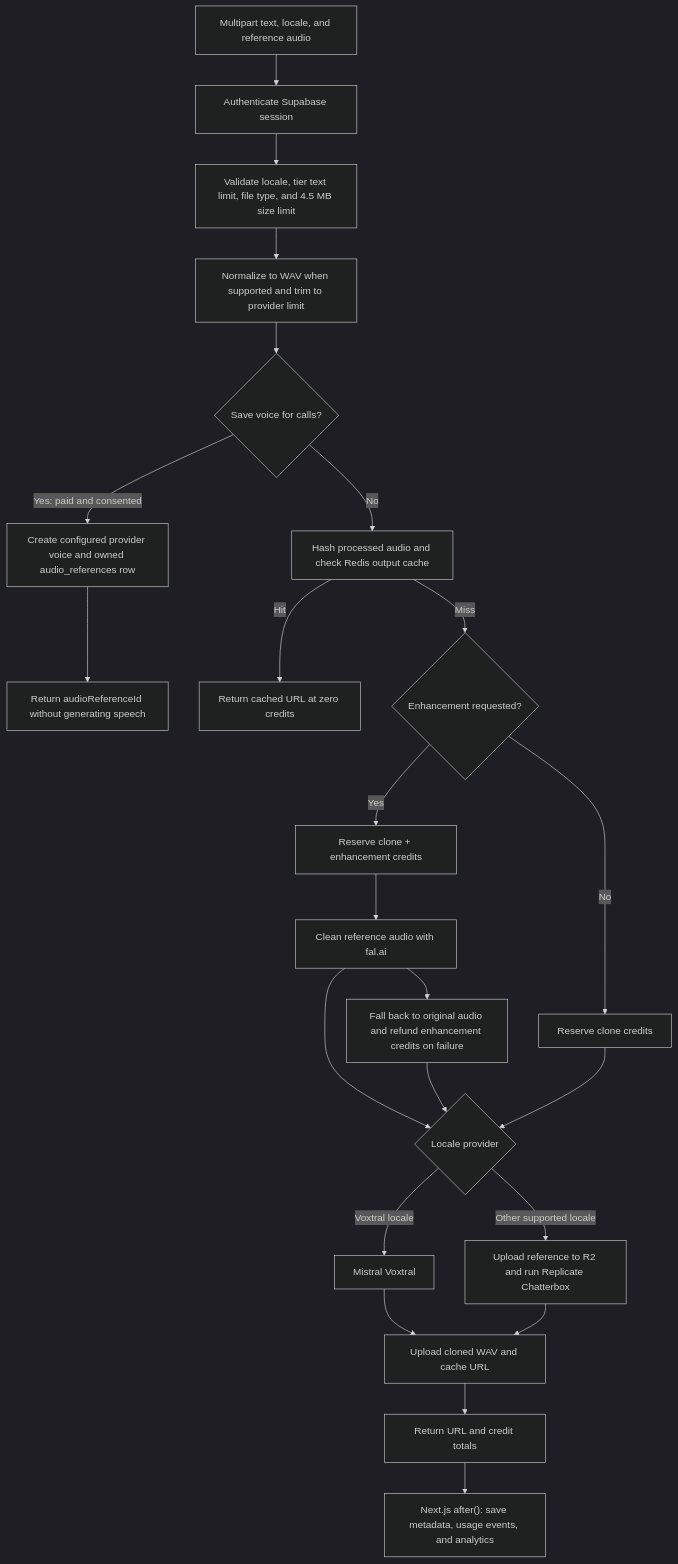
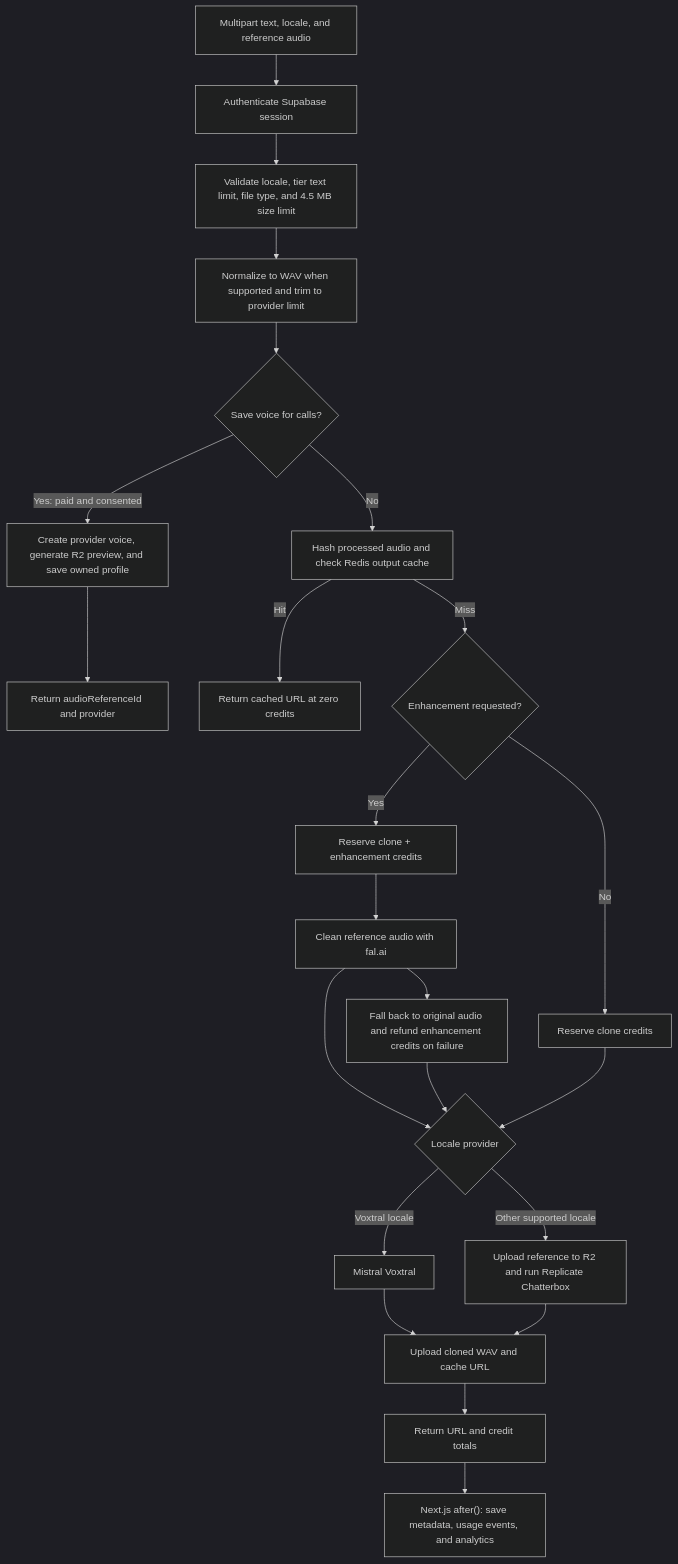
Before and after one commit to gianpaj/sexyvoice: the fourth of 5 diagrams in ARCHITECTURE.md, drawn with Mermaid (dark theme). The commit also changed other lines of this file and 5 other files, not shown here.

Commit message:
fix(account): remove saved voice sample audio

````diff
--- a/ARCHITECTURE.md
+++ b/ARCHITECTURE.md
@@ -197,25 +197,25 @@
 ```mermaid
 flowchart TD
     A["Multipart text, locale, and reference audio"] --> B["Authenticate Supabase session"]
     B --> C["Validate locale, tier text limit, file type, and 4.5 MB size limit"]
     C --> D["Normalize to WAV when supported and trim to provider limit"]
     D --> S{"Save voice for calls?"}
-    S -->|"Yes: paid and consented"| T["Create configured provider voice and owned audio_references row"]
-    T --> U["Return audioReferenceId without generating speech"]
+    S -->|"Yes: paid and consented"| T["Create provider voice, generate R2 preview, and save owned profile"]
+    T --> U["Return audioReferenceId and provider"]
     S -->|"No"| E["Hash processed audio and check Redis output cache"]
     E -->|"Hit"| F["Return cached URL at zero credits"]
     E -->|"Miss"| G{"Enhancement requested?"}
     G -->|"Yes"| H["Reserve clone + enhancement credits"]
     H --> I["Clean reference audio with fal.ai"]
     I --> J["Fall back to original audio and refund enhancement credits on failure"]
     G -->|"No"| K["Reserve clone credits"]
     I --> L{"Locale provider"}
     J --> L
     K --> L
     L -->|"Voxtral locale"| M["Mistral Voxtral"]
     L -->|"Other supported locale"| N["Upload reference to R2 and run Replicate Chatterbox"]
     M --> O["Upload cloned WAV and cache URL"]
     N --> O
     O --> P["Return URL and credit totals"]
     P --> Q["Next.js after(): save metadata, usage events, and analytics"]
 ```
````
